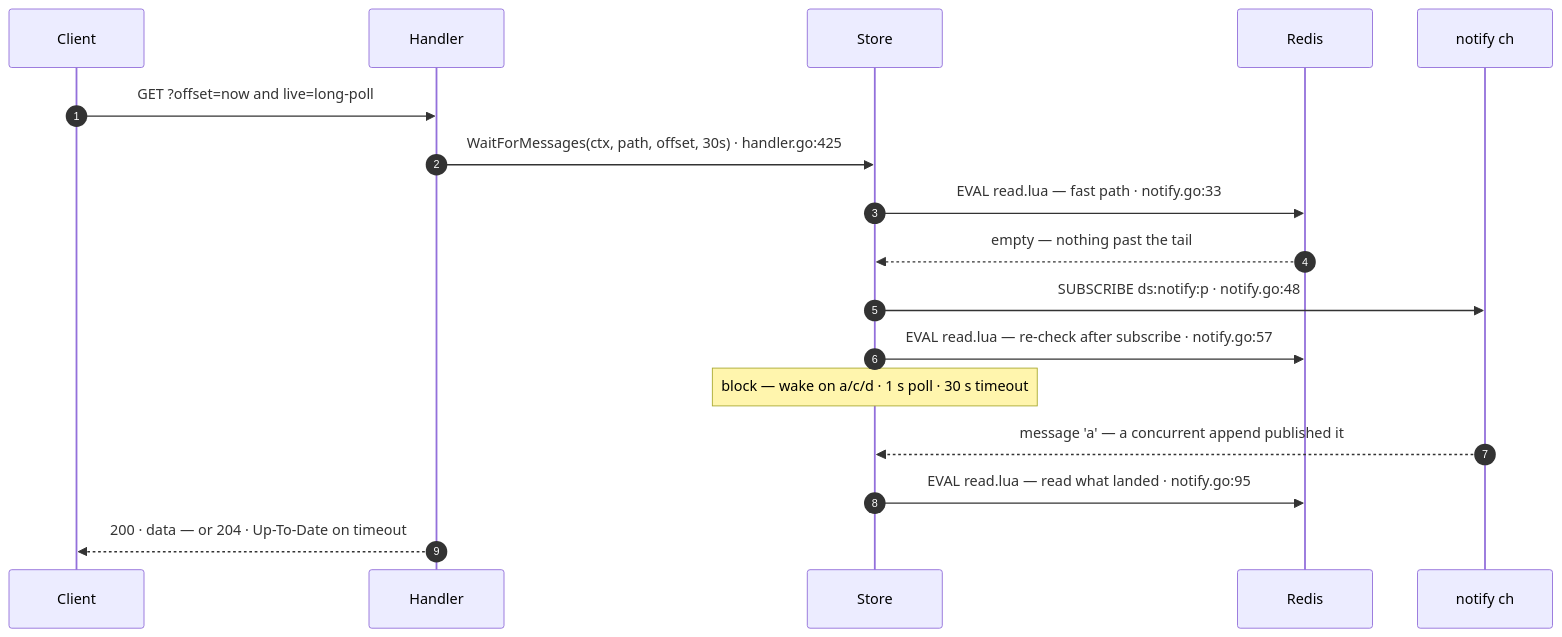
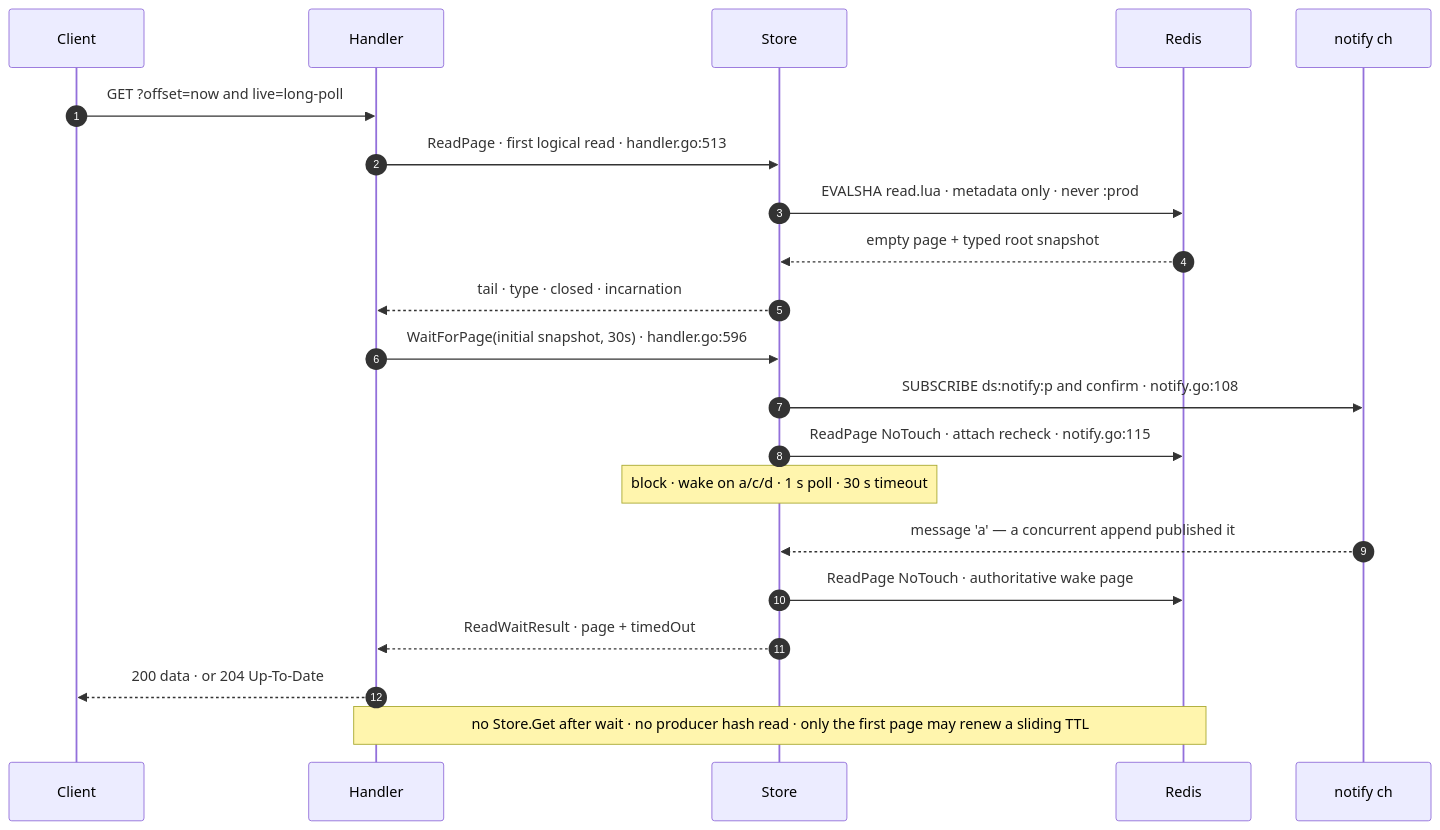
The diagram in docs-site/diagrams/seq-longpoll.mmd (adityavkk/chronicle), drawn with Mermaid before and after one commit. The commit also changed 25 other files, not shown here.

Commit message:
docs: align endpoint flows with read fast path

```diff
--- a/docs-site/diagrams/seq-longpoll.mmd
+++ b/docs-site/diagrams/seq-longpoll.mmd
@@ -1,17 +1,21 @@
 sequenceDiagram
     autonumber
     participant C as Client
     participant H as Handler
     participant S as Store
     participant R as Redis
     participant N as notify ch
     C->>H: GET ?offset=now and live=long-poll
-    H->>S: WaitForMessages(ctx, path, offset, 30s) · handler.go:425
-    S->>R: EVAL read.lua — fast path · notify.go:33
-    R-->>S: empty — nothing past the tail
-    S->>N: SUBSCRIBE ds:notify:p · notify.go:48
-    S->>R: EVAL read.lua — re-check after subscribe · notify.go:57
-    Note over S: block — wake on a/c/d · 1 s poll · 30 s timeout
+    H->>S: ReadPage · first logical read · handler.go:513
+    S->>R: EVALSHA read.lua · metadata only · never :prod
+    R-->>S: empty page + typed root snapshot
+    S-->>H: tail · type · closed · incarnation
+    H->>S: WaitForPage(initial snapshot, 30s) · handler.go:596
+    S->>N: SUBSCRIBE ds:notify:p and confirm · notify.go:108
+    S->>R: ReadPage NoTouch · attach recheck · notify.go:115
+    Note over S: block · wake on a/c/d · 1 s poll · 30 s timeout
     N-->>S: message 'a' — a concurrent append published it
-    S->>R: EVAL read.lua — read what landed · notify.go:95
-    H-->>C: 200 · data — or 204 · Up-To-Date on timeout
+    S->>R: ReadPage NoTouch · authoritative wake page
+    S-->>H: ReadWaitResult · page + timedOut
+    H-->>C: 200 data · or 204 Up-To-Date
+    Note over H,R: no Store.Get after wait · no producer hash read · only the first page may renew a sliding TTL
```
